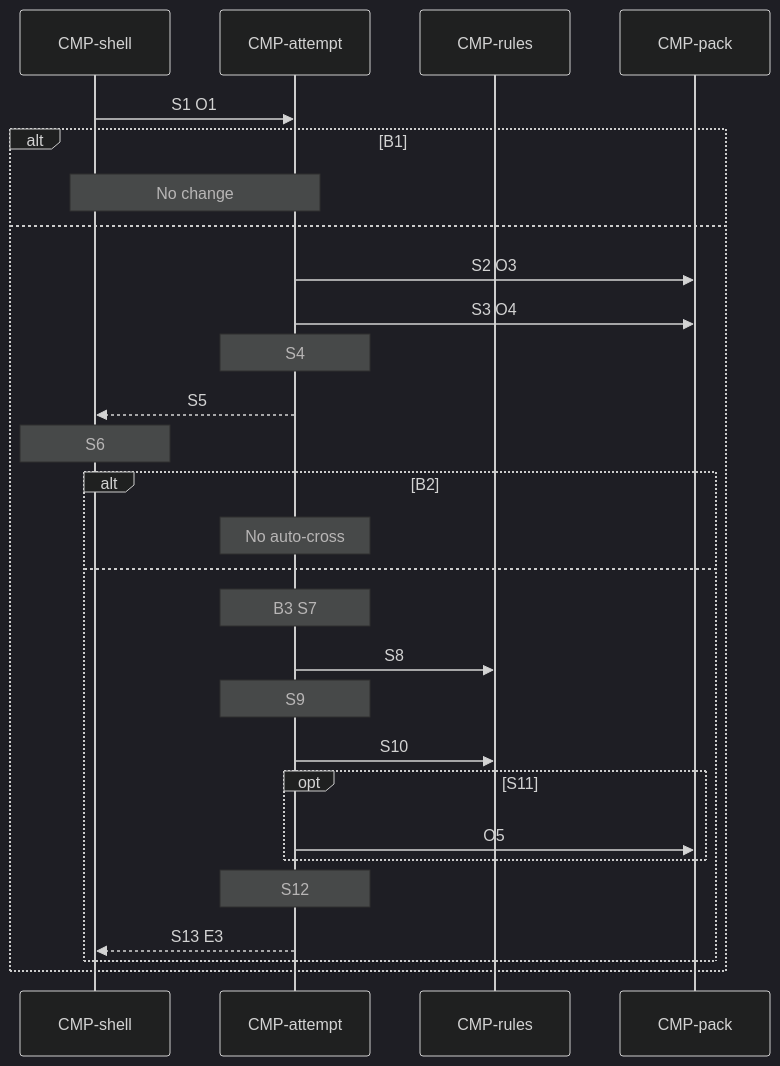
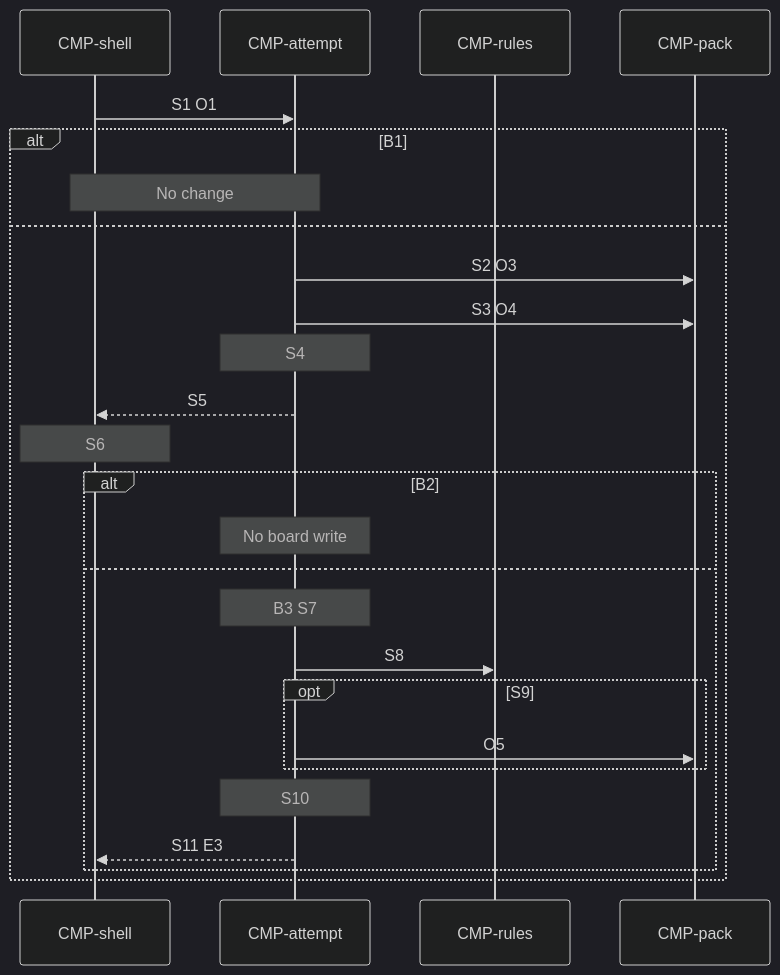
The diagram in specs/technical/sequences/open.md (waigore/simplenono), drawn with Mermaid (dark theme) before and after one commit. The commit also changed other lines of this file and 34 other files, not shown here.

First line of the commit message:
Remove empty-line auto-cross after ready (#562)

````diff
--- a/specs/technical/sequences/open.md
+++ b/specs/technical/sequences/open.md
@@ -48,30 +46,28 @@
 ```mermaid
 sequenceDiagram
   participant shell as CMP-shell
   participant attempt as CMP-attempt
   participant rules as CMP-rules
   participant pack as CMP-pack
   shell->>attempt: S1 O1
   alt B1
     Note over shell,attempt: No change
   else
     attempt->>pack: S2 O3
     attempt->>pack: S3 O4
     Note over attempt: S4
     attempt-->>shell: S5
     Note over shell: S6
     alt B2
-      Note over attempt: No auto-cross
+      Note over attempt: No board write
     else
       Note over attempt: B3 S7
       attempt->>rules: S8
-      Note over attempt: S9
-      attempt->>rules: S10
-      opt S11
+      opt S9
         attempt->>pack: O5
       end
-      Note over attempt: S12
-      attempt-->>shell: S13 E3
+      Note over attempt: S10
+      attempt-->>shell: S11 E3
     end
   end
 ```
````
